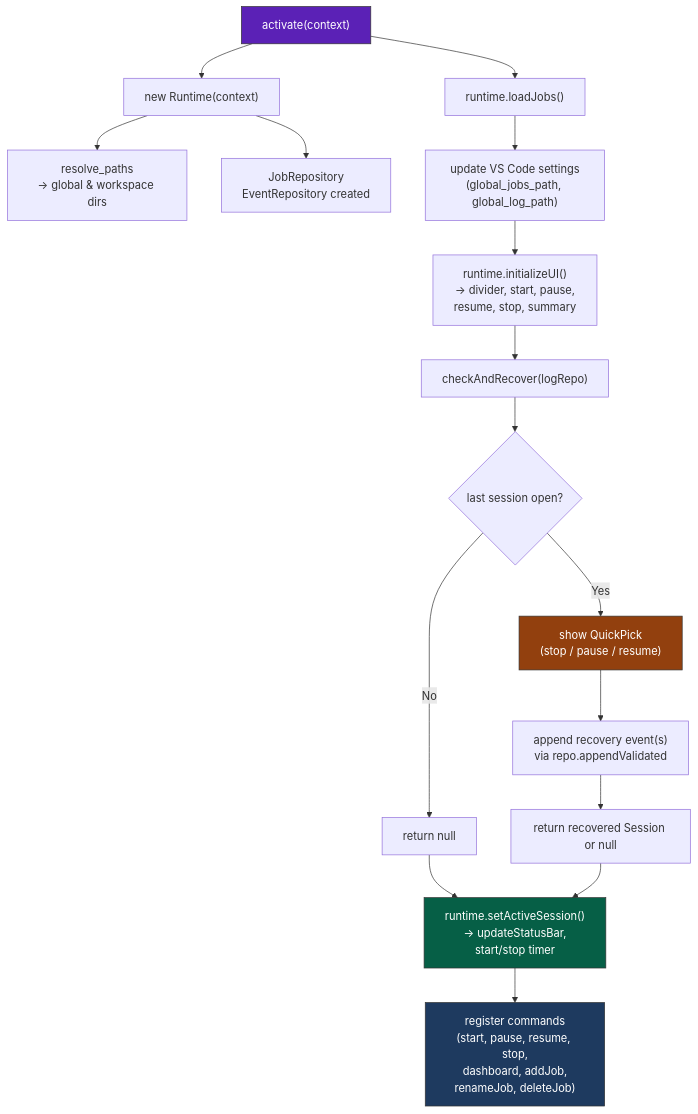
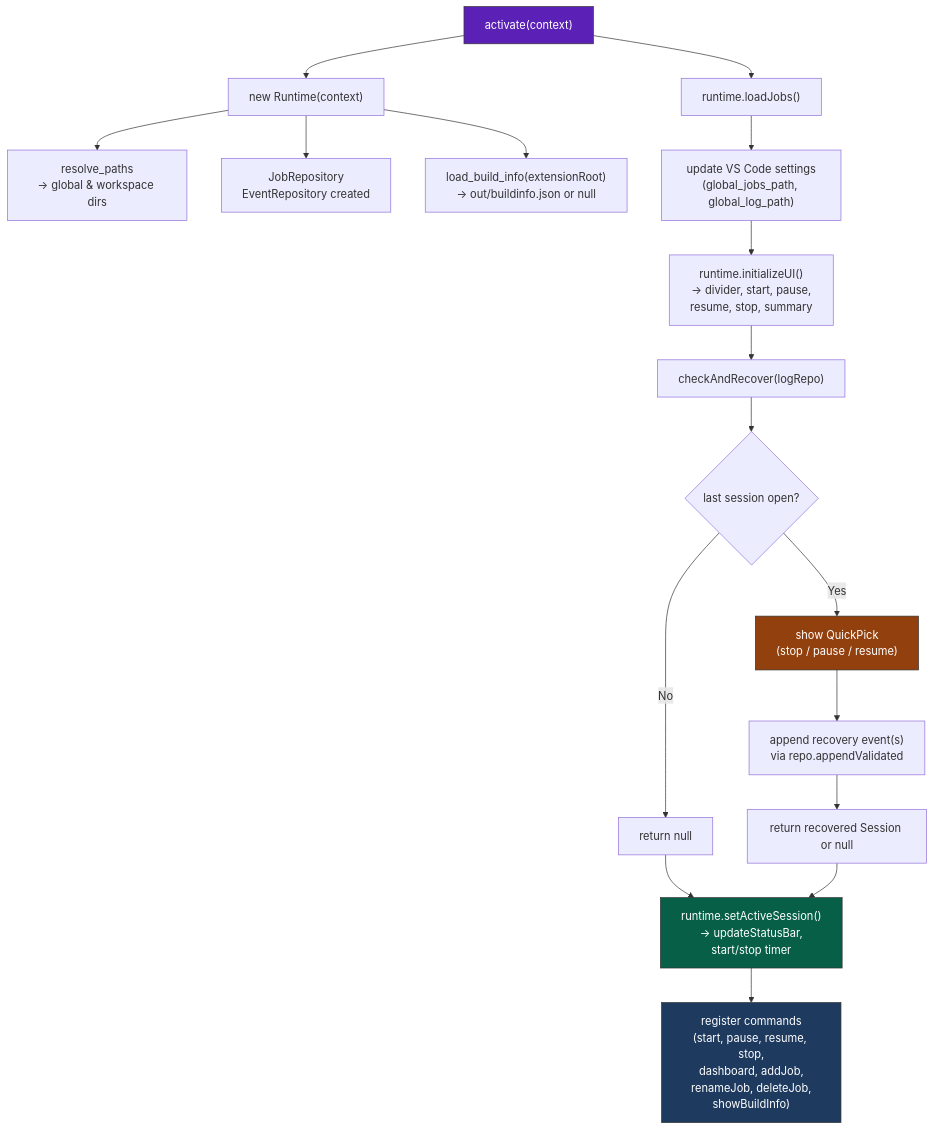
Before and after one commit to Heliman84/timescope: the first of 8 diagrams in docs/processes.md, drawn with Mermaid. The commit also changed other lines of this file and 16 other files, not shown here.

First line of the commit message:
Add build info: buildinfo.json, Show Build Info command, dashboard footer, version-bump policy

````diff
--- a/docs/processes.md
+++ b/docs/processes.md
@@ -12,24 +12,25 @@
 ```mermaid
 flowchart TD
     A["activate(context)"] --> B["new Runtime(context)"]
     B --> B1["resolve_paths<br>→ global & workspace dirs"]
     B --> B2["JobRepository<br>EventRepository created"]
+    B --> B3["load_build_info(extensionRoot)<br>→ out/buildinfo.json or null"]
     A --> C["runtime.loadJobs()"]
     C --> D["update VS Code settings<br>(global_jobs_path, global_log_path)"]
     D --> E["runtime.initializeUI()<br>→ divider, start, pause,<br>resume, stop, summary"]
     E --> F["checkAndRecover(logRepo)"]
     F --> F1{"last session open?"}
     F1 -- No --> F2["return null"]
     F1 -- Yes --> F3["show QuickPick<br>(stop / pause / resume)"]
     F3 --> F4["append recovery event(s)<br>via repo.appendValidated"]
     F4 --> F5["return recovered Session or null"]
     F2 --> G
     F5 --> G
     G["runtime.setActiveSession()<br>→ updateStatusBar,<br>start/stop timer"]
-    G --> H["register commands<br>(start, pause, resume, stop,<br>dashboard, addJob,<br>renameJob, deleteJob)"]
+    G --> H["register commands<br>(start, pause, resume, stop,<br>dashboard, addJob,<br>renameJob, deleteJob,<br>showBuildInfo)"]
 
     style A fill:#5b21b6,stroke:#333,color:#fff
     style F3 fill:#92400e,stroke:#333,color:#fff
     style G fill:#065f46,stroke:#333,color:#fff
     style H fill:#1e3a5f,stroke:#333,color:#fff
 ```
````
